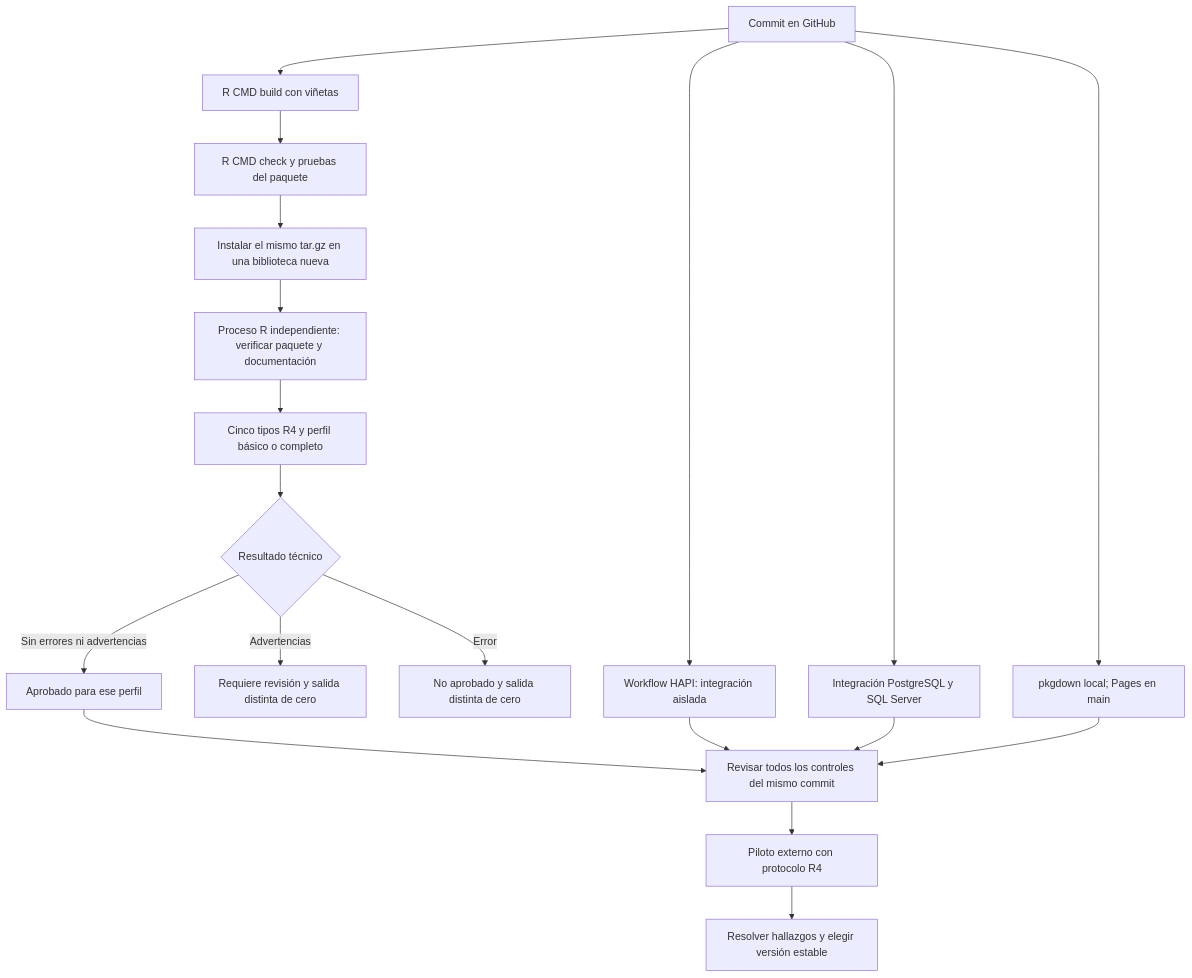
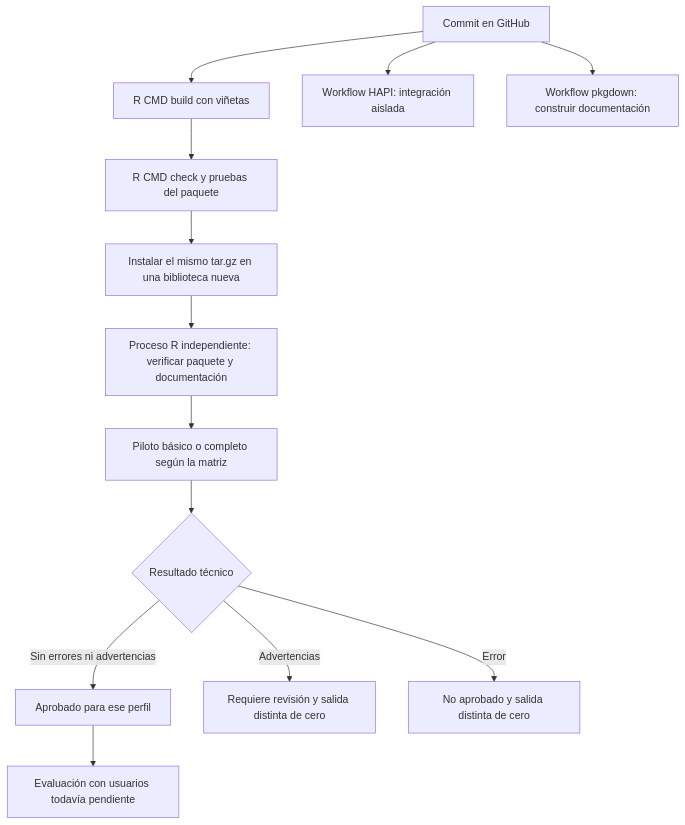
Before and after one commit to f-slg/fhirviews: the ninth of 9 diagrams in index.md, drawn with Mermaid. The commit also changed other lines of this file and 75 other files, not shown here.

````diff
--- a/index.md
+++ b/index.md
@@ -1424,21 +841,15 @@
 ``` mermaid
 flowchart TD
     A["Commit en GitHub"] --> B["R CMD build con viñetas"]
     B --> C["R CMD check y pruebas del paquete"]
     C --> D["Instalar el mismo tar.gz en una biblioteca nueva"]
     D --> E["Proceso R independiente: verificar paquete y documentación"]
-    E --> F["Cinco tipos R4 y perfil básico o completo"]
+    E --> F["Piloto básico o completo según la matriz"]
     F --> G{"Resultado técnico"}
     G -->|"Sin errores ni advertencias"| H["Aprobado para ese perfil"]
     G -->|"Advertencias"| I["Requiere revisión y salida distinta de cero"]
     G -->|"Error"| J["No aprobado y salida distinta de cero"]
     A --> K["Workflow HAPI: integración aislada"]
-    A --> L["Integración PostgreSQL y SQL Server"]
-    A --> P["pkgdown local; Pages en main"]
-    H --> T["Revisar todos los controles del mismo commit"]
-    K --> T
-    L --> T
-    P --> T
-    T --> M["Piloto externo con protocolo R4"]
-    M --> N["Resolver hallazgos y elegir versión estable"]
+    A --> L["Workflow pkgdown: construir documentación"]
+    H --> M["Evaluación con usuarios todavía pendiente"]
 ```
````
